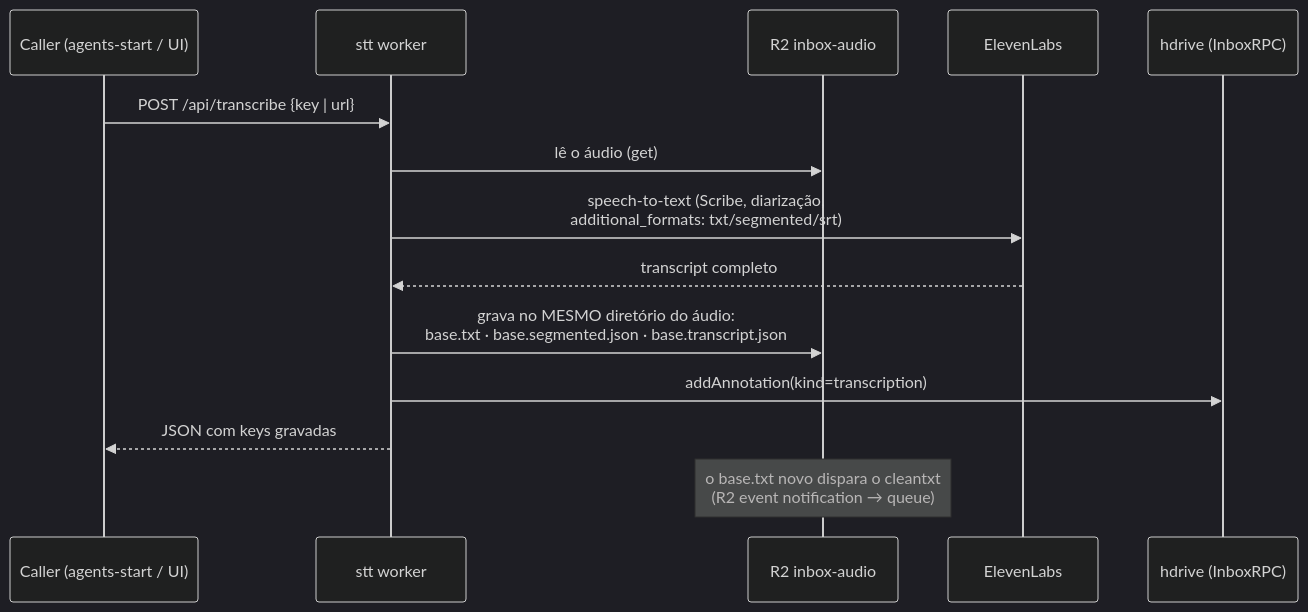
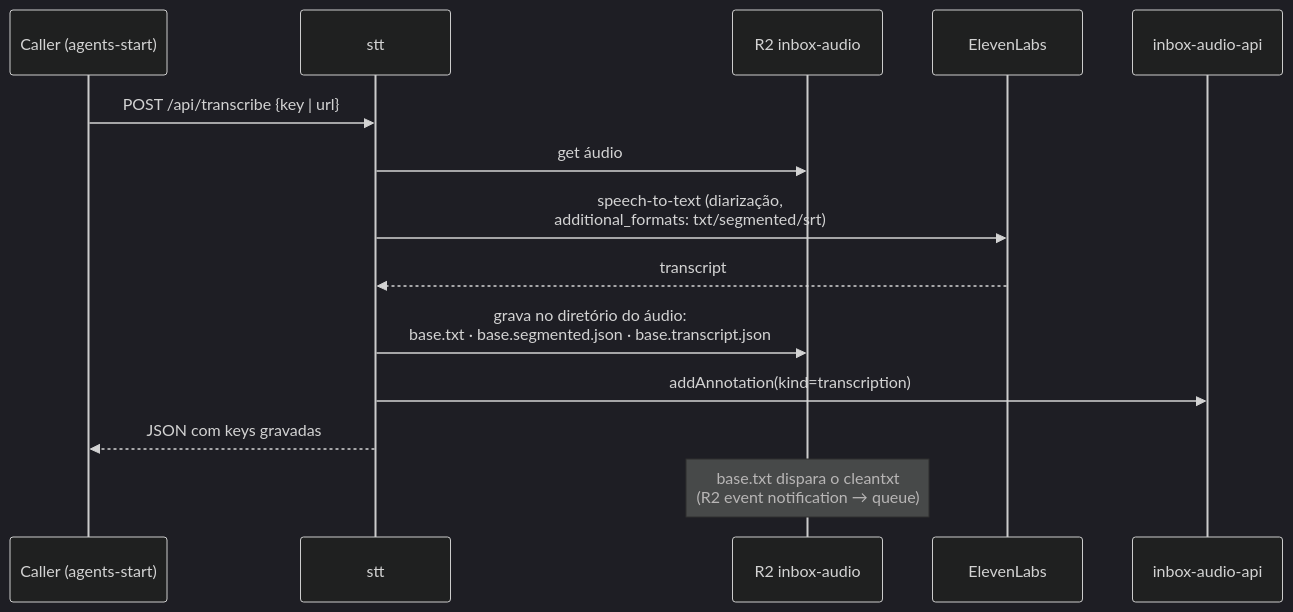
The second of 2 diagrams in README.md (myselfgus/mtext), drawn with Mermaid (dark theme) before and after one commit. The commit also changed other lines of this file, not shown here.

````diff
--- a/README.md
+++ b/README.md
@@ -29,17 +27,17 @@
 ```mermaid
 sequenceDiagram
-    participant C as Caller (agents-start / UI)
-    participant MT as stt worker
+    participant C as Caller (agents-start)
+    participant MT as stt
     participant R2 as R2 inbox-audio
     participant EL as ElevenLabs
-    participant HD as hdrive (InboxRPC)
+    participant HD as inbox-audio-api
 
     C->>MT: POST /api/transcribe {key | url}
-    MT->>R2: lê o áudio (get)
-    MT->>EL: speech-to-text (Scribe, diarização,<br/>additional_formats: txt/segmented/srt)
-    EL-->>MT: transcript completo
-    MT->>R2: grava no MESMO diretório do áudio:<br/>base.txt · base.segmented.json · base.transcript.json
+    MT->>R2: get áudio
+    MT->>EL: speech-to-text (diarização,<br/>additional_formats: txt/segmented/srt)
+    EL-->>MT: transcript
+    MT->>R2: grava no diretório do áudio:<br/>base.txt · base.segmented.json · base.transcript.json
     MT->>HD: addAnnotation(kind=transcription)
     MT-->>C: JSON com keys gravadas
-    Note over R2: o base.txt novo dispara o cleantxt<br/>(R2 event notification → queue)
+    Note over R2: base.txt dispara o cleantxt<br/>(R2 event notification → queue)
 ```
````
